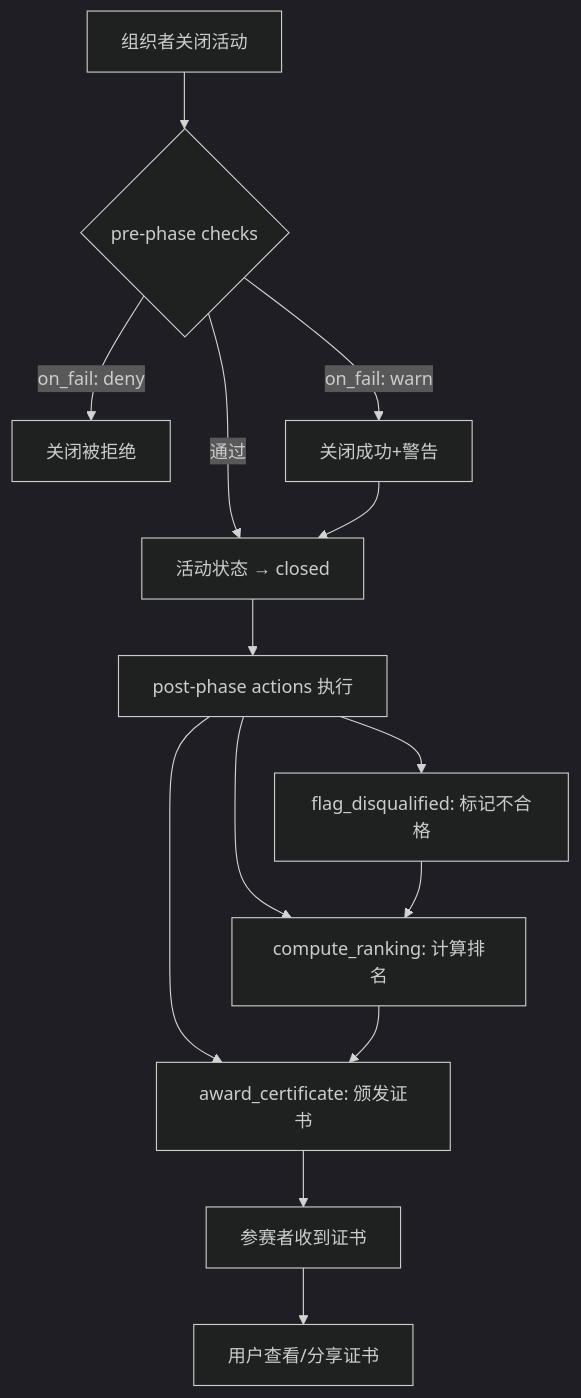
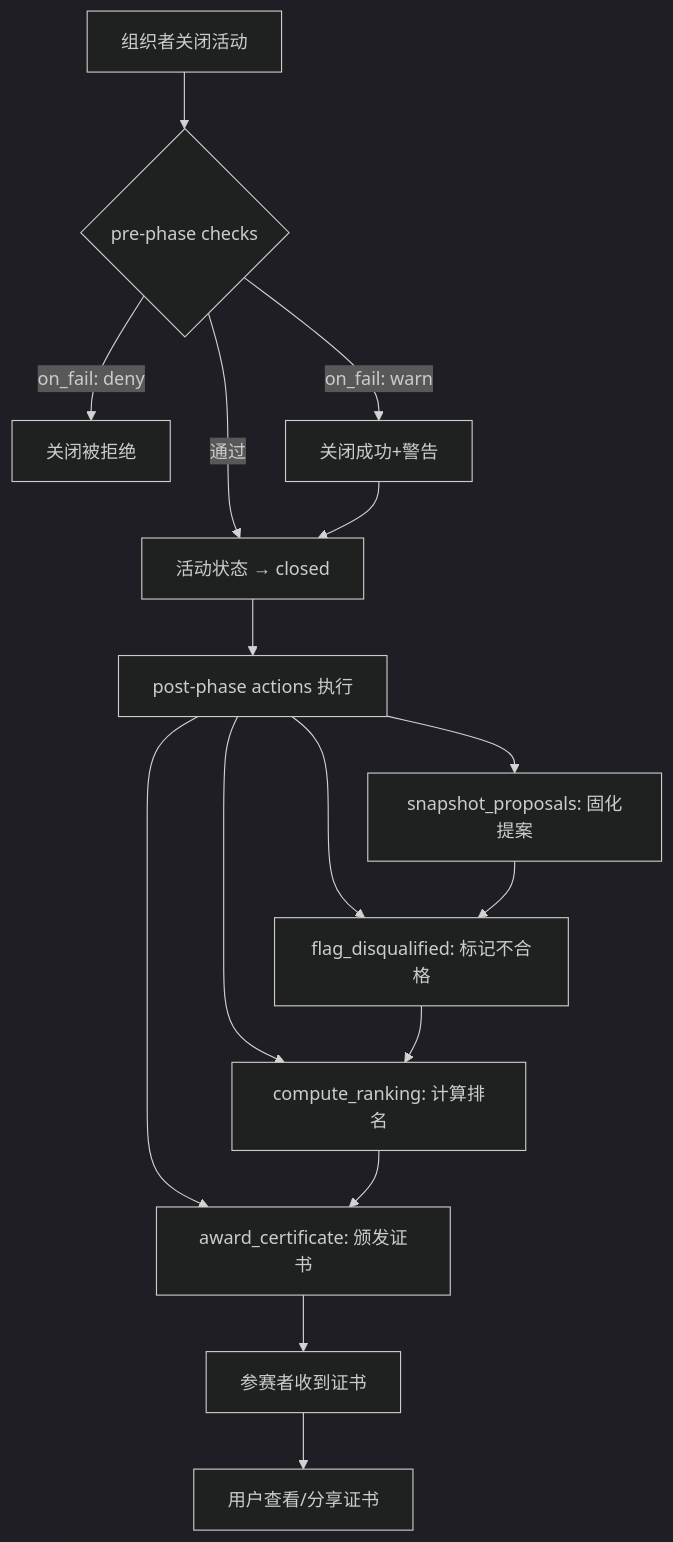
One commit to H2OSLabs/SynnovatorZero changed the diagram in docs/user-journeys/08-activity-close.md. Above: the diagram before and after it, drawn with Mermaid (dark theme). The commit also changed other lines of this file and 11 other files, not shown here.

````diff
--- a/docs/user-journeys/08-activity-close.md
+++ b/docs/user-journeys/08-activity-close.md
@@ -8,16 +8,18 @@
 ```mermaid
 flowchart TD
     A[组织者关闭活动] --> B{pre-phase checks}
     B -->|on_fail: deny| B1[关闭被拒绝]
     B -->|on_fail: warn| B2[关闭成功+警告]
     B -->|通过| C[活动状态 → closed]
     B2 --> C
     C --> D[post-phase actions 执行]
+    D --> D0[snapshot_proposals: 固化提案]
     D --> D1[flag_disqualified: 标记不合格]
     D --> D2[compute_ranking: 计算排名]
     D --> D3[award_certificate: 颁发证书]
+    D0 --> D1
     D1 --> D2
     D2 --> D3
     D3 --> E[参赛者收到证书]
     E --> F[用户查看/分享证书]
 ```
````
